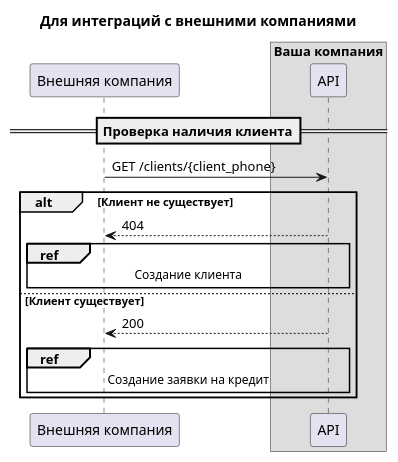
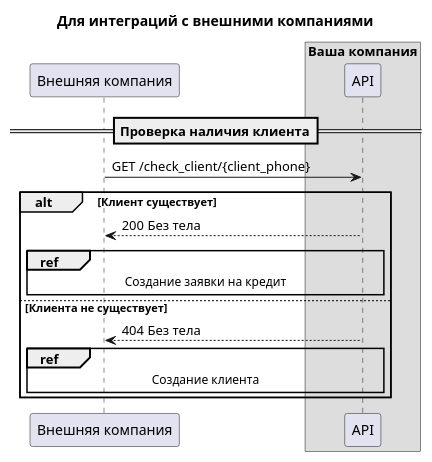
Before and after one commit to ramdirt/plantuml-course: the diagram in lessons/6 lesson/10.puml, drawn with PlantUML.

```diff
--- a/lessons/6 lesson/10.puml
+++ b/lessons/6 lesson/10.puml
@@ -1,26 +1,25 @@
 @startuml Широкая диаграмма
 
 title Для интеграций с внешними компаниями
 
 '__ АКТОРЫ __
 participant External_Сompany as "Внешняя компания"
 
 box "Ваша компания"
     participant API as "API"
 end box
 
 '__ ВЗАИМОДЕЙСТВИЕ __
 == Проверка наличия клиента==
-External_Сompany -> API : GET /clients/{client_phone}
-alt Клиент не существует
-    API --> External_Сompany : 404
-    ref over External_Сompany, API : Создание клиента
-else Клиент существует
-    API --> External_Сompany : 200
+External_Сompany -> API : GET /check_client/{client_phone}
+alt Клиент существует
+    API --> External_Сompany : 200 Без тела
     ||7||
     ref over External_Сompany, API : Создание заявки на кредит
+else Клиента не существует
+    API --> External_Сompany : 404 Без тела
+    ref over External_Сompany, API : Создание клиента
 end
 
 
-
 @enduml
```
